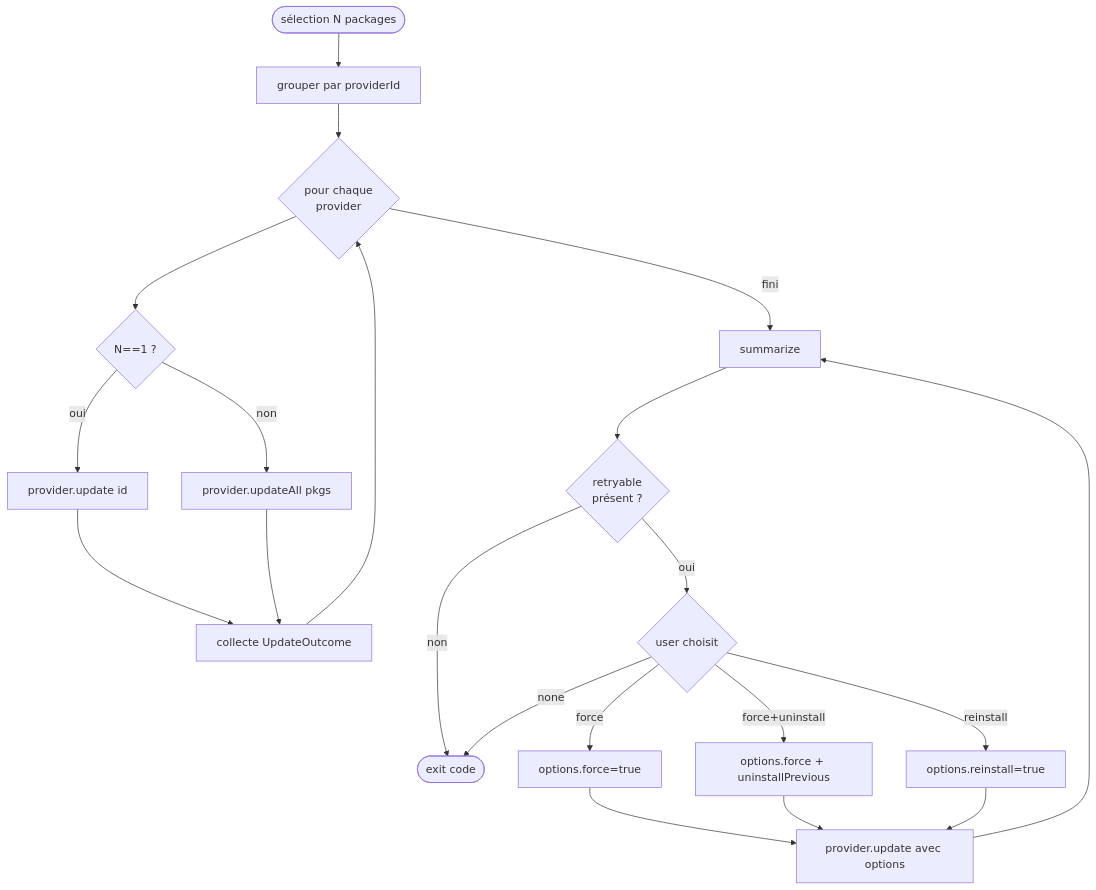
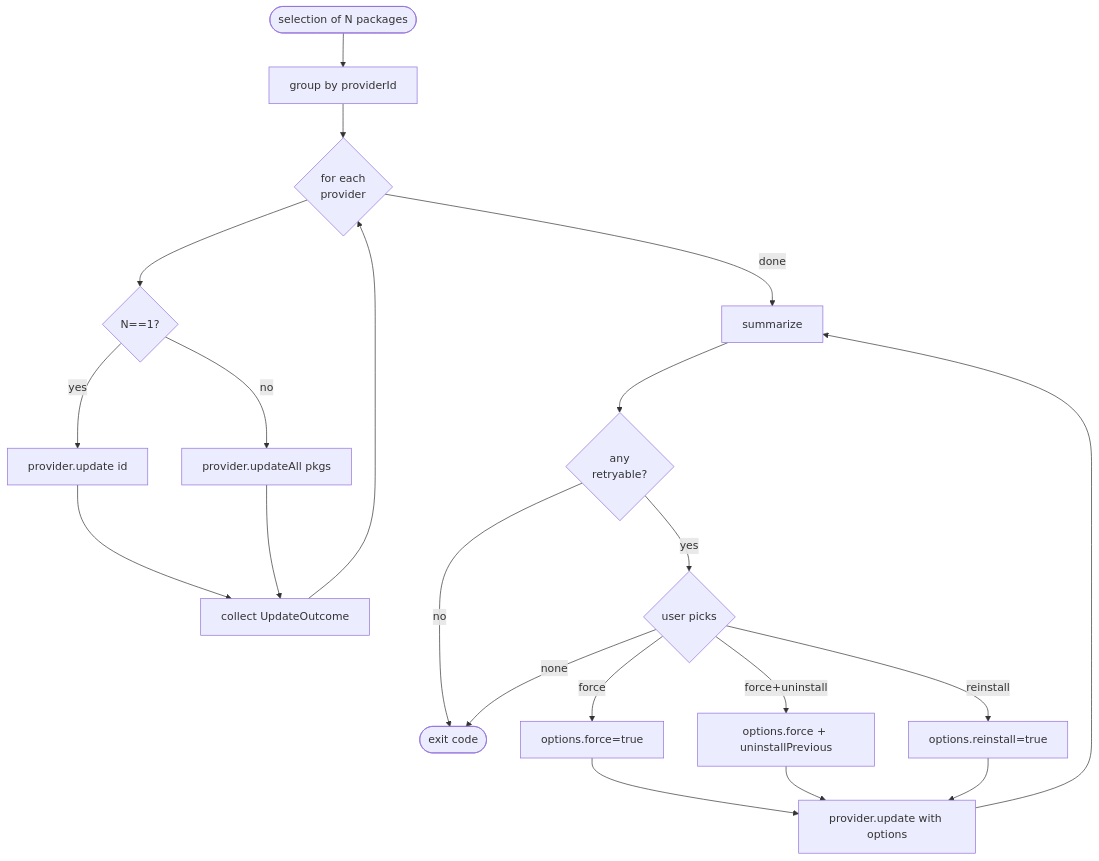
One commit to LINDECKER-Charles/gup changed the sixth of 9 diagrams in docs/architecture.md. Above: the diagram before and after it, drawn with Mermaid. The commit also changed other lines of this file and 5 other files, not shown here.

````diff
--- a/docs/architecture.md
+++ b/docs/architecture.md
@@ -263,21 +263,21 @@
 ```mermaid
 flowchart TD
-    Start([sélection N packages]) --> Group[grouper par providerId]
-    Group --> Loop{pour chaque<br/>provider}
-    Loop --> Bulk{N==1 ?}
-    Bulk -->|oui| One[provider.update id]
-    Bulk -->|non| Many[provider.updateAll pkgs]
-    One & Many --> Collect[collecte UpdateOutcome]
+    Start([selection of N packages]) --> Group[group by providerId]
+    Group --> Loop{for each<br/>provider}
+    Loop --> Bulk{N==1?}
+    Bulk -->|yes| One[provider.update id]
+    Bulk -->|no| Many[provider.updateAll pkgs]
+    One & Many --> Collect[collect UpdateOutcome]
     Collect --> Loop
-    Loop -->|fini| Summary[summarize]
+    Loop -->|done| Summary[summarize]
 
-    Summary --> Retry{retryable<br/>présent ?}
-    Retry -->|non| End([exit code])
-    Retry -->|oui| Strategy{user choisit}
+    Summary --> Retry{any<br/>retryable?}
+    Retry -->|no| End([exit code])
+    Retry -->|yes| Strategy{user picks}
     Strategy -->|none| End
     Strategy -->|force| F[options.force=true]
     Strategy -->|force+uninstall| FU[options.force + uninstallPrevious]
     Strategy -->|reinstall| R[options.reinstall=true]
-    F & FU & R --> Rerun[provider.update avec options]
+    F & FU & R --> Rerun[provider.update with options]
     Rerun --> Summary
 ```
````
